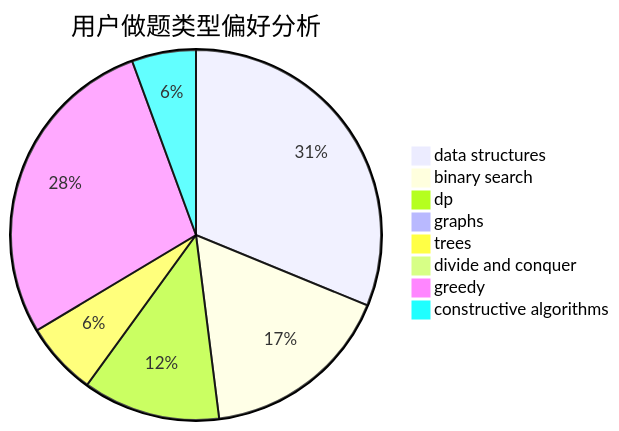
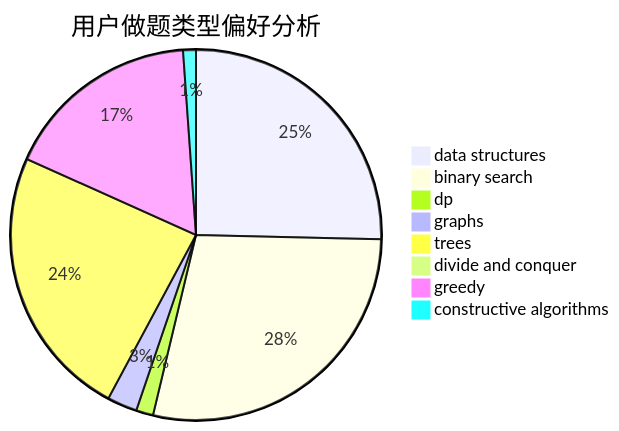
One commit to sherpahu/cfrs.github.io changed the second of 3 diagrams in docs/user/u2008.md. Above: the diagram before and after it, drawn with Mermaid. The commit also changed other lines of this file and 2770 other files, not shown here.

````diff
--- a/docs/user/u2008.md
+++ b/docs/user/u2008.md
@@ -23,11 +23,11 @@
 ```mermaid
 pie title 用户做题类型偏好分析
-    "data structures" :  39
-    "binary search" :  21
-    "dp" :  15
-    "graphs" :  0
-    "trees" :  8
+    "data structures" :  68
+    "binary search" :  76
+    "dp" :  4
+    "graphs" :  7
+    "trees" :  64
     "divide and conquer" :  0
-    "greedy" :  35
-    "constructive algorithms" :  7
+    "greedy" :  46
+    "constructive algorithms" :  3
 ```
````
